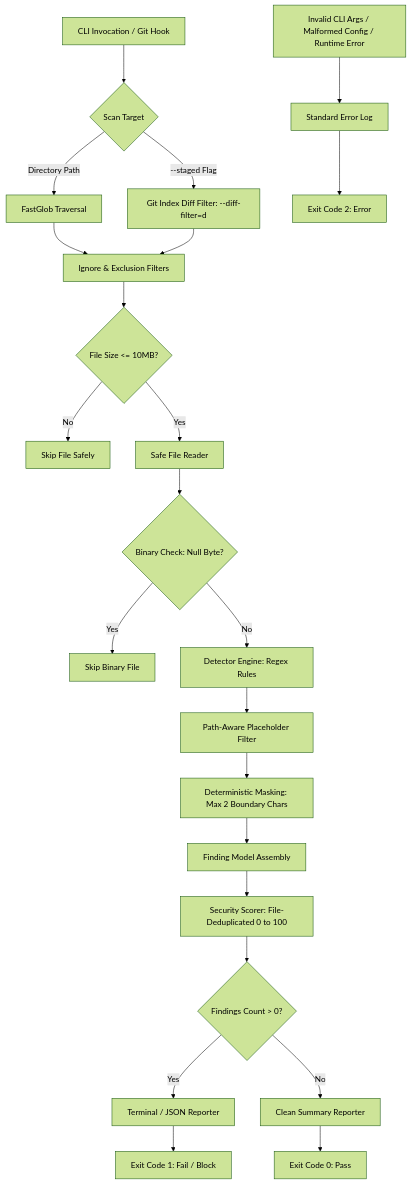
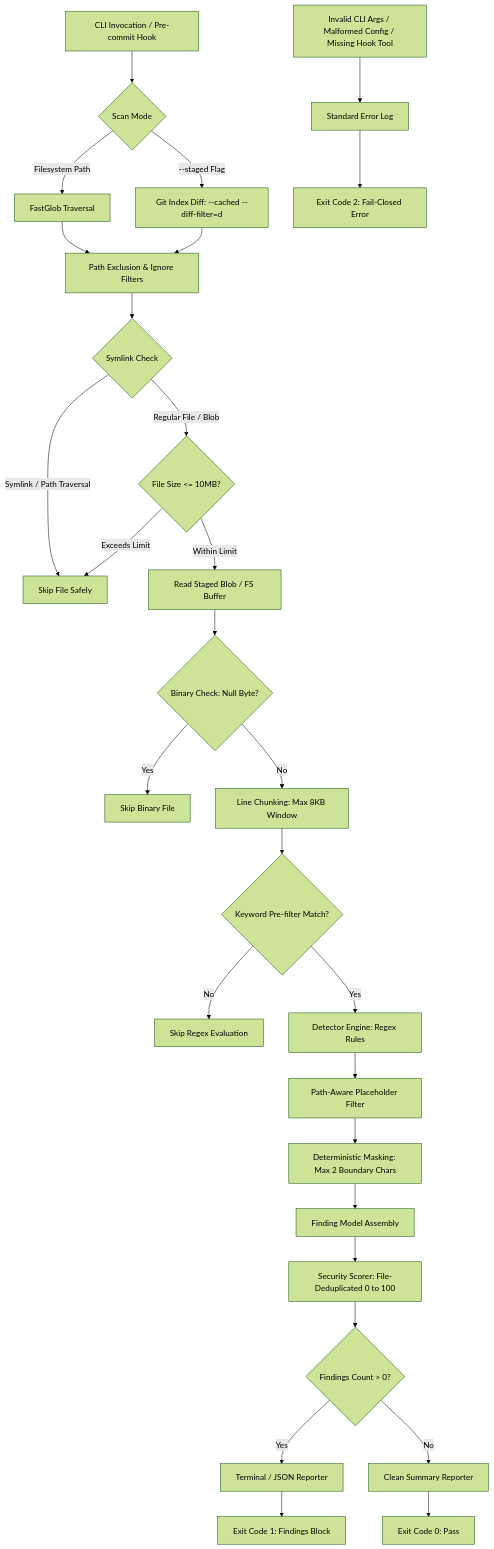
One commit to gecekusu1979/gitleak-radar changed the diagram in README.md. Above: the diagram before and after it, drawn with Mermaid (forest theme). The commit also changed other lines of this file and 11 other files, not shown here.

Commit message:
feat(security): harden scanner against redos, symlink traversal, and git injection with fail-closed posture

````diff
--- a/README.md
+++ b/README.md
@@ -33,22 +38,27 @@
 ```mermaid
 flowchart TD
-    A[CLI Invocation / Git Hook] --> B{Scan Target}
-    B -->|Directory Path| C[FastGlob Traversal]
-    B -->|--staged Flag| D[Git Index Diff Filter: --diff-filter=d]
-    C --> E[Ignore & Exclusion Filters]
+    A[CLI Invocation / Pre-commit Hook] --> B{Scan Mode}
+    B -->|Filesystem Path| C[FastGlob Traversal]
+    B -->|--staged Flag| D[Git Index Diff: --cached --diff-filter=d]
+    C --> E[Path Exclusion & Ignore Filters]
     D --> E
-    E --> F{File Size <= 10MB?}
-    F -->|No| G[Skip File Safely]
-    F -->|Yes| H[Safe File Reader]
-    H --> I{Binary Check: Null Byte?}
-    I -->|Yes| J[Skip Binary File]
-    I -->|No| K[Detector Engine: Regex Rules]
-    K --> L[Path-Aware Placeholder Filter]
-    L --> M[Deterministic Masking: Max 2 Boundary Chars]
-    M --> N[Finding Model Assembly]
-    N --> O[Security Scorer: File-Deduplicated 0 to 100]
-    O --> P{Findings Count > 0?}
-    P -->|Yes| Q[Terminal / JSON Reporter] --> R[Exit Code 1: Fail / Block]
-    P -->|No| S[Clean Summary Reporter] --> T[Exit Code 0: Pass]
-    U[Invalid CLI Args / Malformed Config / Runtime Error] --> V[Standard Error Log] --> W[Exit Code 2: Error]
+    E --> F{Symlink Check}
+    F -->|Symlink / Path Traversal| G[Skip File Safely]
+    F -->|Regular File / Blob| H{File Size <= 10MB?}
+    H -->|Exceeds Limit| G
+    H -->|Within Limit| I[Read Staged Blob / FS Buffer]
+    I --> J{Binary Check: Null Byte?}
+    J -->|Yes| K[Skip Binary File]
+    J -->|No| L[Line Chunking: Max 8KB Window]
+    L --> M{Keyword Pre-filter Match?}
+    M -->|No| N[Skip Regex Evaluation]
+    M -->|Yes| O[Detector Engine: Regex Rules]
+    O --> P[Path-Aware Placeholder Filter]
+    P --> Q[Deterministic Masking: Max 2 Boundary Chars]
+    Q --> R[Finding Model Assembly]
+    R --> S[Security Scorer: File-Deduplicated 0 to 100]
+    S --> T{Findings Count > 0?}
+    T -->|Yes| U[Terminal / JSON Reporter] --> V[Exit Code 1: Findings Block]
+    T -->|No| W[Clean Summary Reporter] --> X[Exit Code 0: Pass]
+    Y[Invalid CLI Args / Malformed Config / Missing Hook Tool] --> Z[Standard Error Log] --> AA[Exit Code 2: Fail-Closed Error]
 ```
````
